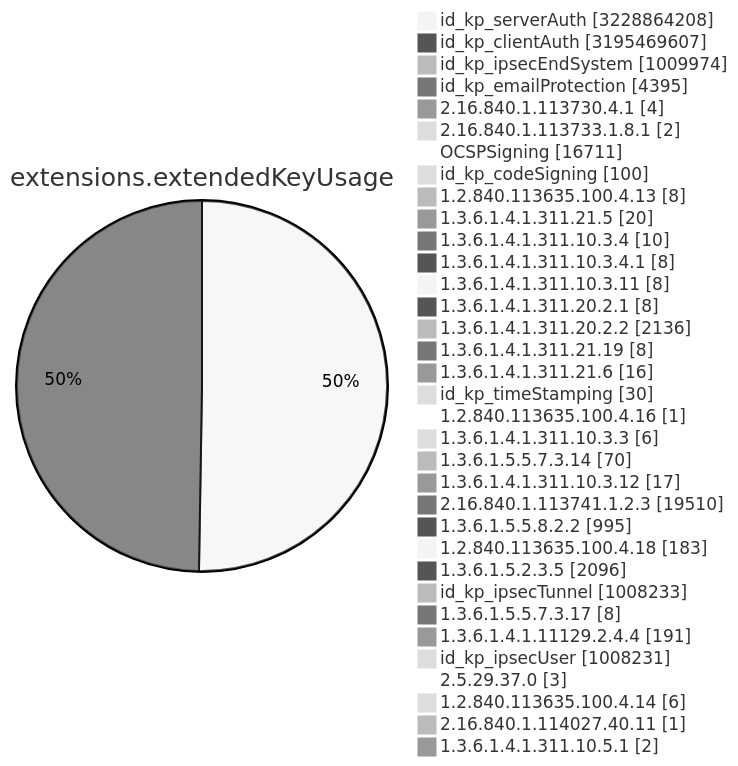
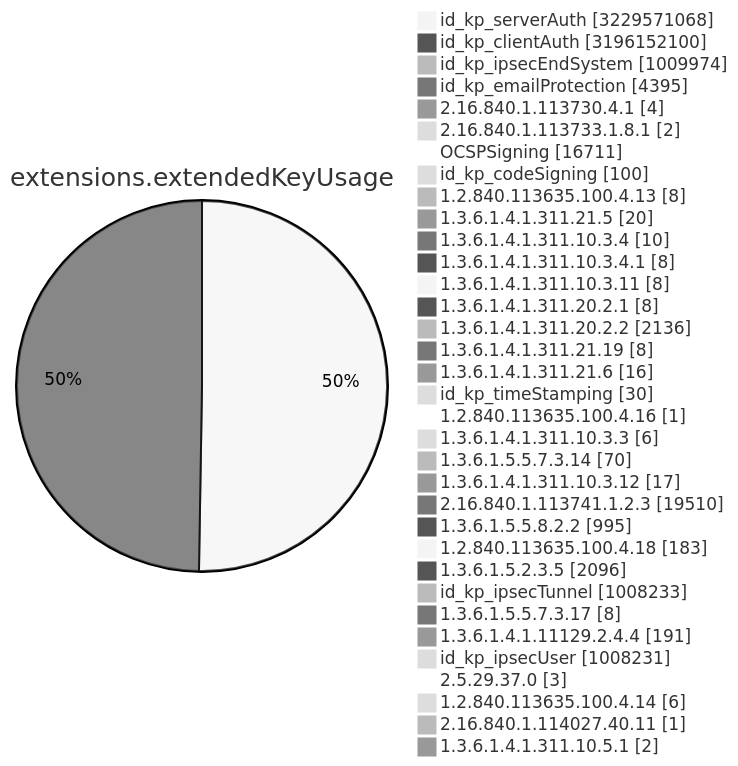
Before and after one commit to christiankrug/ctmonitor_visualization: diagram 11 of 15 in TOTAL/README.md, drawn with Mermaid (neutral theme). The commit also changed other lines of this file, not shown here.

````diff
--- a/TOTAL/README.md
+++ b/TOTAL/README.md
@@ -4119,38 +4119,38 @@
 ```mermaid
 pie showData
 title extensions.extendedKeyUsage
-"id_kp_serverAuth" :3228864208
-"id_kp_clientAuth" :3195469607
+"id_kp_serverAuth" :3229571068
+"id_kp_clientAuth" :3196152100
 "id_kp_ipsecEndSystem" :1009974
 "id_kp_emailProtection" :4395
 "2.16.840.1.113730.4.1" :4
 "2.16.840.1.113733.1.8.1" :2
 "OCSPSigning" :16711
 "id_kp_codeSigning" :100
 "1.2.840.113635.100.4.13" :8
 "1.3.6.1.4.1.311.21.5" :20
 "1.3.6.1.4.1.311.10.3.4" :10
 "1.3.6.1.4.1.311.10.3.4.1" :8
 "1.3.6.1.4.1.311.10.3.11" :8
 "1.3.6.1.4.1.311.20.2.1" :8
 "1.3.6.1.4.1.311.20.2.2" :2136
 "1.3.6.1.4.1.311.21.19" :8
 "1.3.6.1.4.1.311.21.6" :16
 "id_kp_timeStamping" :30
 "1.2.840.113635.100.4.16" :1
 "1.3.6.1.4.1.311.10.3.3" :6
 "1.3.6.1.5.5.7.3.14" :70
 "1.3.6.1.4.1.311.10.3.12" :17
 "2.16.840.1.113741.1.2.3" :19510
 "1.3.6.1.5.5.8.2.2" :995
 "1.2.840.113635.100.4.18" :183
 "1.3.6.1.5.2.3.5" :2096
 "id_kp_ipsecTunnel" :1008233
 "1.3.6.1.5.5.7.3.17" :8
 "1.3.6.1.4.1.11129.2.4.4" :191
 "id_kp_ipsecUser" :1008231
 "2.5.29.37.0" :3
 "1.2.840.113635.100.4.14" :6
 "2.16.840.1.114027.40.11" :1
 "1.3.6.1.4.1.311.10.5.1" :2
 ```
````
